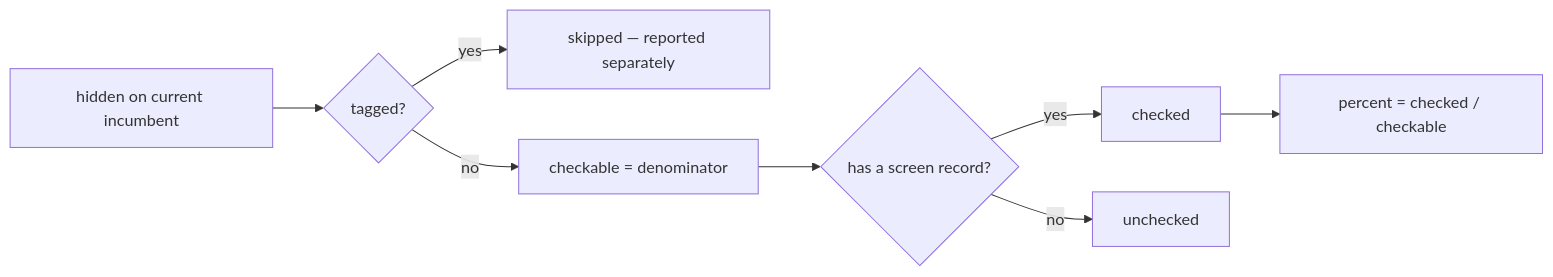
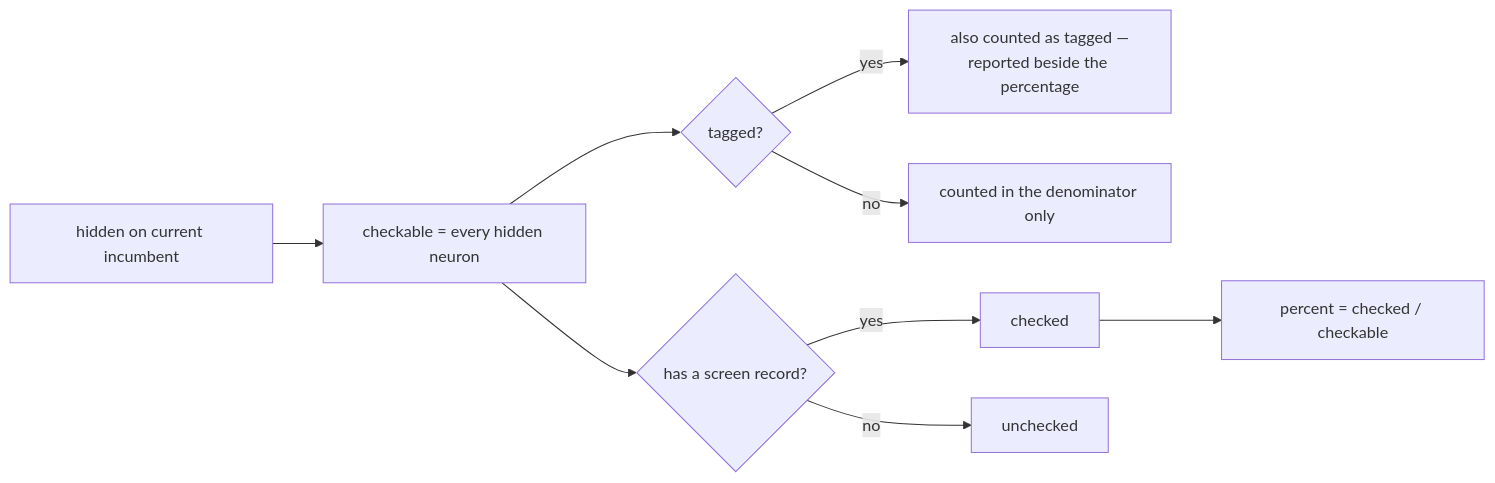
The sixth of 11 diagrams in README.md (stSoftwareAU/NEAT-AI-Ockham), drawn with Mermaid before and after one commit. The commit also changed other lines of this file and 19 other files, not shown here.

````diff
--- a/README.md
+++ b/README.md
@@ -390,10 +501,11 @@
 ```mermaid
 flowchart LR
-    H["hidden on current incumbent"] --> T{"tagged?"}
-    T -->|yes| K["skipped — reported separately"]
-    T -->|no| C["checkable = denominator"]
+    H["hidden on current incumbent"] --> C["checkable = every hidden neuron"]
+    C --> T{"tagged?"}
+    T -->|yes| G["also counted as tagged —<br/>reported beside the percentage"]
+    T -->|no| N["counted in the denominator only"]
     C --> S{"has a screen record?"}
     S -->|yes| D["checked"]
     S -->|no| U["unchecked"]
     D --> P["percent = checked / checkable"]
 ```
````
